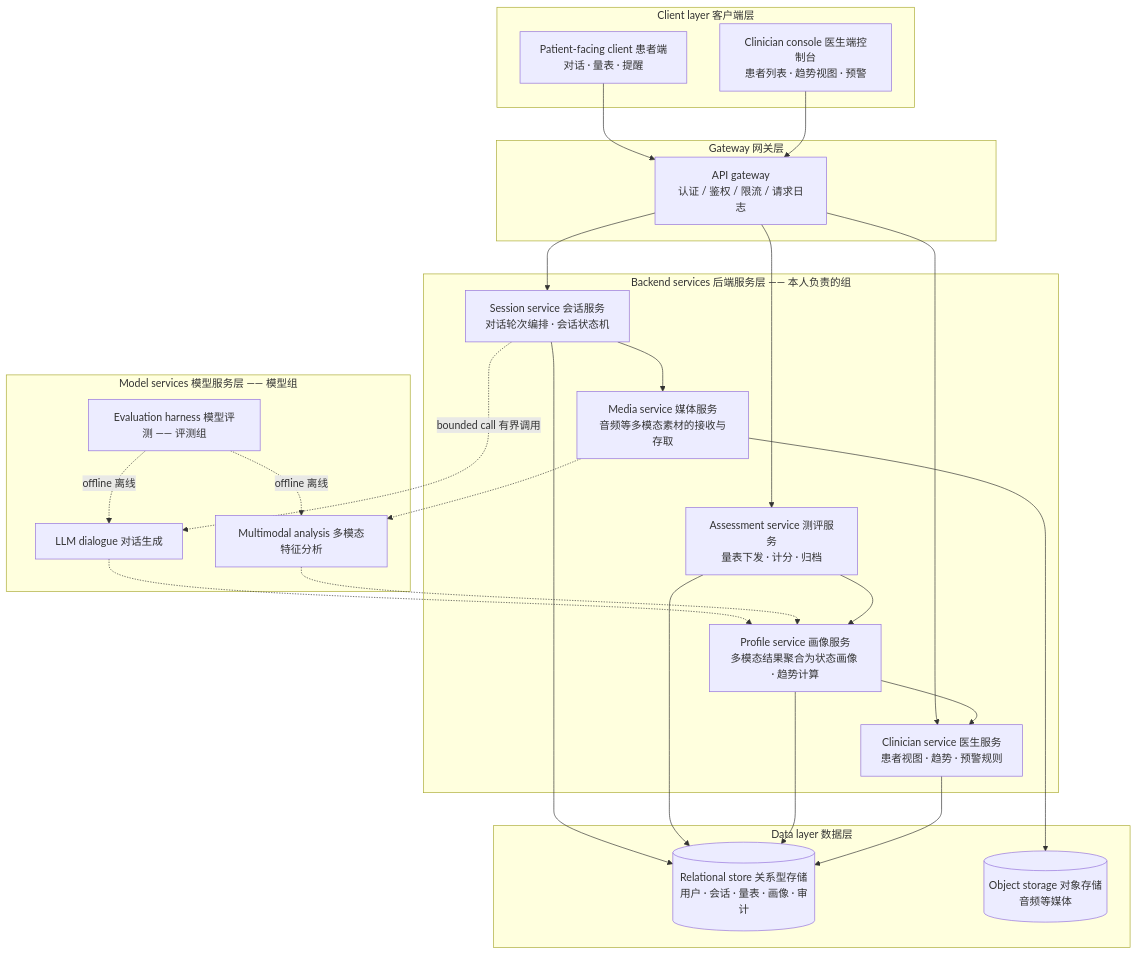
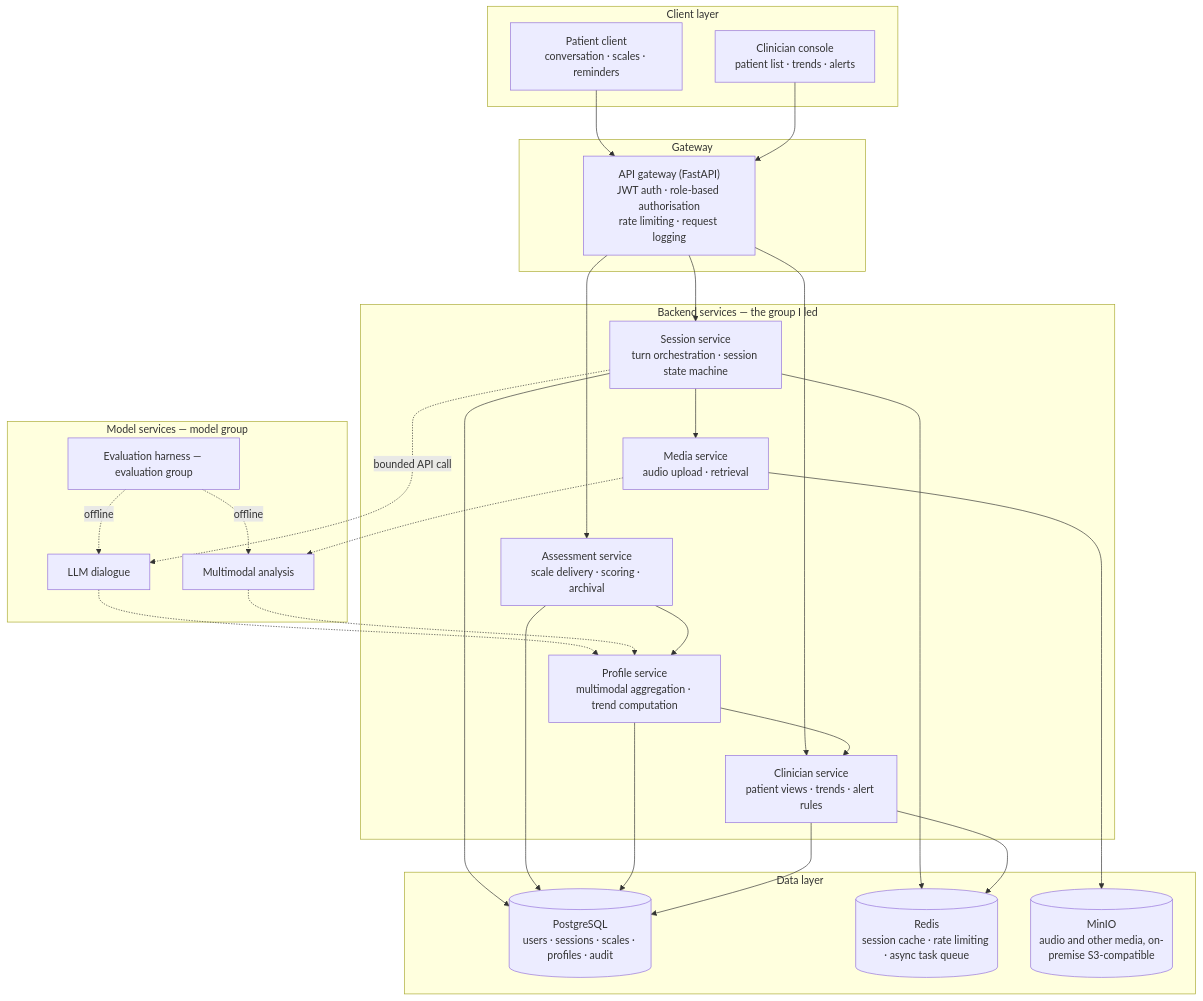
Before and after one commit to Hanwen-Tao/project-portfolio: the first of 3 diagrams in docs/03-mental-health-digital-twin.md, drawn with Mermaid. The commit also changed other lines of this file and 11 other files, not shown here.

````diff
--- a/docs/03-mental-health-digital-twin.md
+++ b/docs/03-mental-health-digital-twin.md
@@ -54,44 +56,46 @@
 ```mermaid
 flowchart TD
-    subgraph CL ["Client layer 客户端层"]
-        U1["Patient-facing client 患者端<br/>对话 · 量表 · 提醒"]
-        U2["Clinician console 医生端控制台<br/>患者列表 · 趋势视图 · 预警"]
+    subgraph CL ["Client layer"]
+        U1["Patient client<br/>conversation · scales · reminders"]
+        U2["Clinician console<br/>patient list · trends · alerts"]
     end
 
-    subgraph GW ["Gateway 网关层"]
-        G["API gateway<br/>认证 / 鉴权 / 限流 / 请求日志"]
+    subgraph GW ["Gateway"]
+        G["API gateway (FastAPI)<br/>JWT auth · role-based authorisation<br/>rate limiting · request logging"]
     end
 
-    subgraph BE ["Backend services 后端服务层 —— 本人负责的组"]
-        B1["Session service 会话服务<br/>对话轮次编排 · 会话状态机"]
-        B2["Assessment service 测评服务<br/>量表下发 · 计分 · 归档"]
-        B3["Profile service 画像服务<br/>多模态结果聚合为状态画像 · 趋势计算"]
-        B4["Clinician service 医生服务<br/>患者视图 · 趋势 · 预警规则"]
-        B5["Media service 媒体服务<br/>音频等多模态素材的接收与存取"]
+    subgraph BE ["Backend services — the group I led"]
+        B1["Session service<br/>turn orchestration · session state machine"]
+        B2["Assessment service<br/>scale delivery · scoring · archival"]
+        B3["Profile service<br/>multimodal aggregation · trend computation"]
+        B4["Clinician service<br/>patient views · trends · alert rules"]
+        B5["Media service<br/>audio upload · retrieval"]
     end
 
-    subgraph ML ["Model services 模型服务层 —— 模型组"]
-        M1["LLM dialogue 对话生成"]
-        M2["Multimodal analysis 多模态特征分析"]
-        M3["Evaluation harness 模型评测 —— 评测组"]
+    subgraph ML ["Model services — model group"]
+        M1["LLM dialogue"]
+        M2["Multimodal analysis"]
+        M3["Evaluation harness — evaluation group"]
     end
 
-    subgraph DA ["Data layer 数据层"]
-        D1[("Relational store 关系型存储<br/>用户 · 会话 · 量表 · 画像 · 审计")]
-        D2[("Object storage 对象存储<br/>音频等媒体")]
+    subgraph DA ["Data layer"]
+        D1[("PostgreSQL<br/>users · sessions · scales · profiles · audit")]
+        D2[("Redis<br/>session cache · rate limiting · async task queue")]
+        D3[("MinIO<br/>audio and other media, on-premise S3-compatible")]
     end
 
     U1 --> G
     U2 --> G
     G --> B1 & B2 & B4
     B1 --> B5
-    B1 -.->|"bounded call 有界调用"| M1
+    B1 -.->|bounded API call| M1
     B5 -.-> M2
     M1 -.-> B3
     M2 -.-> B3
     B2 --> B3
     B3 --> B4
     B1 & B2 & B3 & B4 --> D1
-    B5 --> D2
-    M3 -.->|"offline 离线"| M1 & M2
+    B1 & B4 --> D2
+    B5 --> D3
+    M3 -.->|offline| M1 & M2
 ```
````
